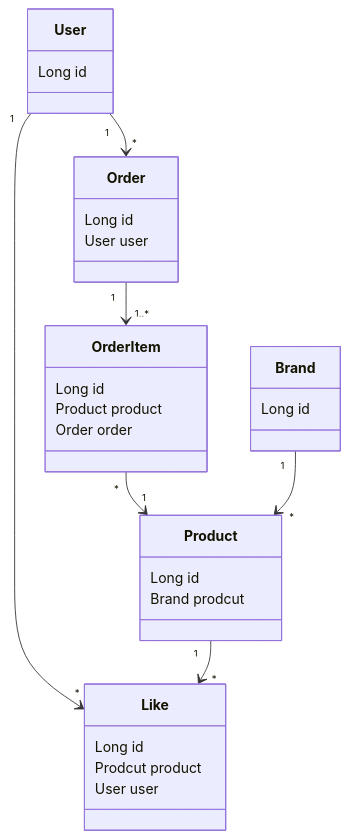
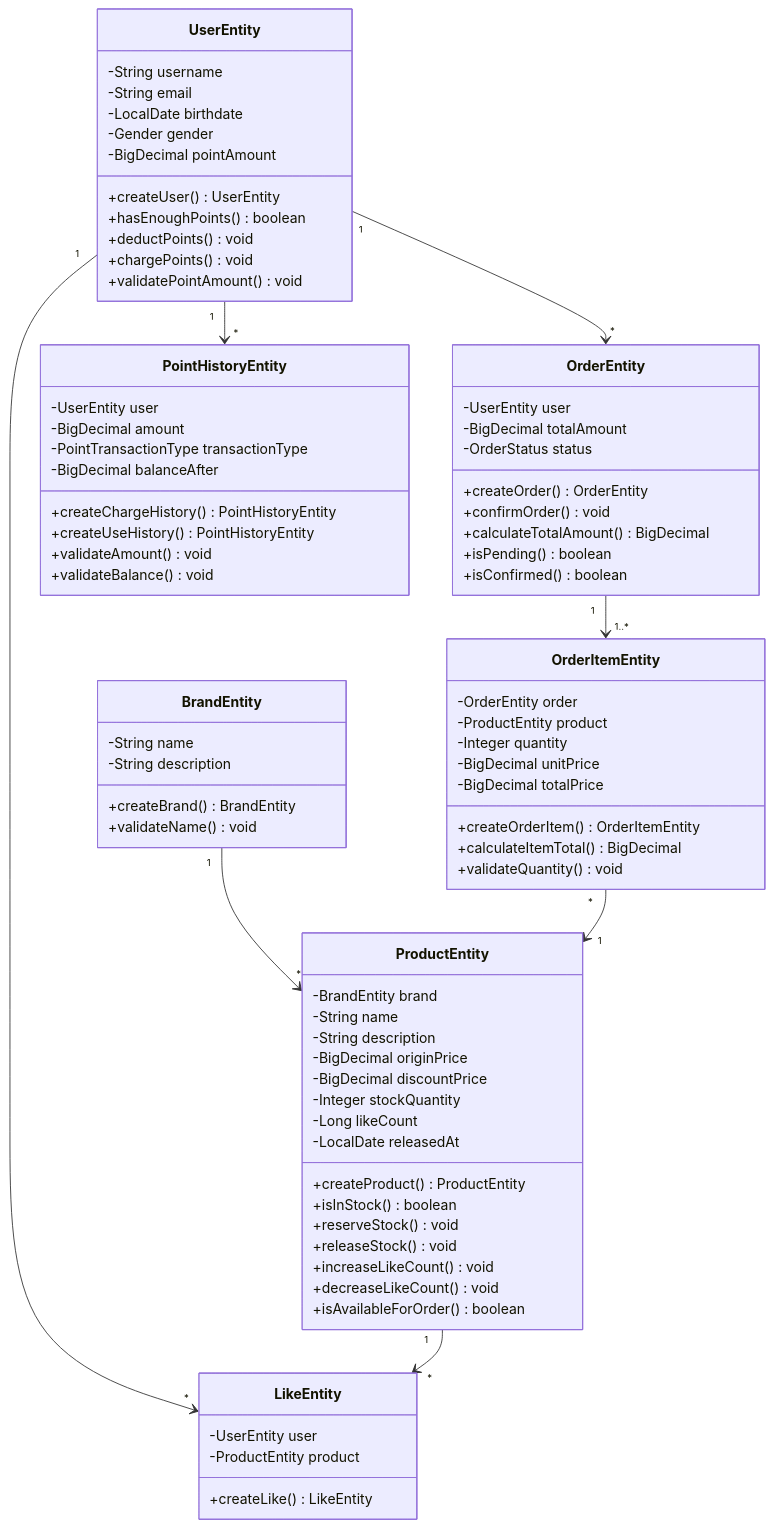
One commit to hyujikoh/loopers-spring-java-template changed the first of 5 diagrams in docs/week2/03-class-diagram.md. Above: the diagram before and after it, drawn with Mermaid. The commit also changed other lines of this file, not shown here.

First line of the commit message:
docs(class-diagram): 도메인 모델 및 클래스 다이어그램 수정

````diff
--- a/docs/week2/03-class-diagram.md
+++ b/docs/week2/03-class-diagram.md
@@ -34,39 +38,87 @@
 ```mermaid
 classDiagram
-    class Order {
-        Long  id
-        User  user
+    class UserEntity {
+        -String username
+        -String email
+        -LocalDate birthdate
+        -Gender gender
+        -BigDecimal pointAmount
+        +createUser() UserEntity
+        +hasEnoughPoints() boolean
+        +deductPoints() void
+        +chargePoints() void
+        +validatePointAmount() void
     }
 
-    class OrderItem {
-        Long  id
-        Product product
-        Order  order
-    }
-    
-    class Brand {
-        Long  id
+    class BrandEntity {
+        -String name
+        -String description
+        +createBrand() BrandEntity
+        +validateName() void
     }
 
-    class Product {
-        Long  id
-        Brand  prodcut
+    class ProductEntity {
+        -BrandEntity brand
+        -String name
+        -String description
+        -BigDecimal originPrice
+        -BigDecimal discountPrice
+        -Integer stockQuantity
+        -Long likeCount
+        -LocalDate releasedAt
+        +createProduct() ProductEntity
+        +isInStock() boolean
+        +reserveStock() void
+        +releaseStock() void
+        +increaseLikeCount() void
+        +decreaseLikeCount() void
+        +isAvailableForOrder() boolean
     }
 
-    class Like {
-        Long  id
-        Prodcut  product
-        User  user
+    class LikeEntity {
+        -UserEntity user
+        -ProductEntity product
+        +createLike() LikeEntity
     }
 
-    class User {
-        Long id
+    class OrderEntity {
+        -UserEntity user
+        -BigDecimal totalAmount
+        -OrderStatus status
+        +createOrder() OrderEntity
+        +confirmOrder() void
+        +calculateTotalAmount() BigDecimal
+        +isPending() boolean
+        +isConfirmed() boolean
     }
 
-    User "1" --> "*" Like
-    User "1" --> "*" Order
-    Order "1" --> "1..*" OrderItem
-    OrderItem "*" --> "1" Product
-    Product "1" --> "*" Like
-    Brand "1" --> "*" Product
+    class OrderItemEntity {
+        -OrderEntity order
+        -ProductEntity product
+        -Integer quantity
+        -BigDecimal unitPrice
+        -BigDecimal totalPrice
+        +createOrderItem() OrderItemEntity
+        +calculateItemTotal() BigDecimal
+        +validateQuantity() void
+    }
+
+    class PointHistoryEntity {
+        -UserEntity user
+        -BigDecimal amount
+        -PointTransactionType transactionType
+        -BigDecimal balanceAfter
+        +createChargeHistory() PointHistoryEntity
+        +createUseHistory() PointHistoryEntity
+        +validateAmount() void
+        +validateBalance() void
+    }
+
+    UserEntity "1" --> "*" LikeEntity
+    UserEntity "1" --> "*" OrderEntity
+    UserEntity "1" --> "*" PointHistoryEntity
+    ProductEntity "1" --> "*" LikeEntity
+    BrandEntity "1" --> "*" ProductEntity
+    OrderEntity "1" --> "1..*" OrderItemEntity
+    OrderItemEntity "*" --> "1" ProductEntity
 ```
````
